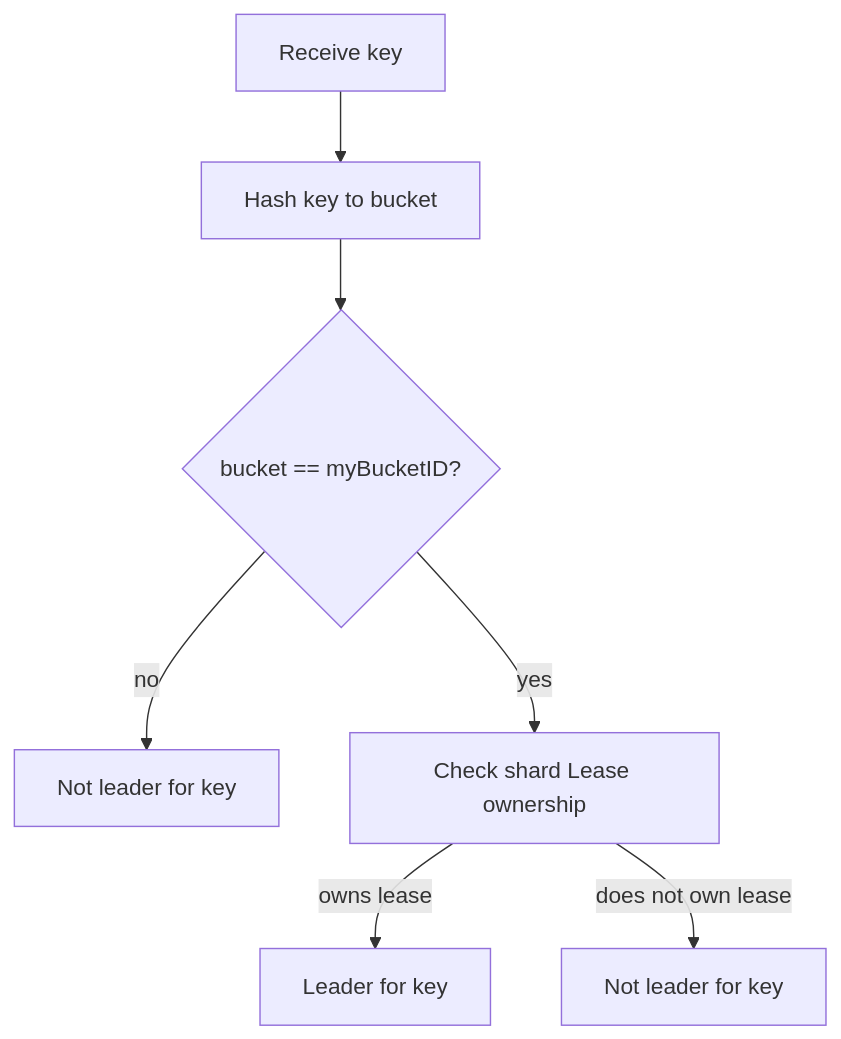
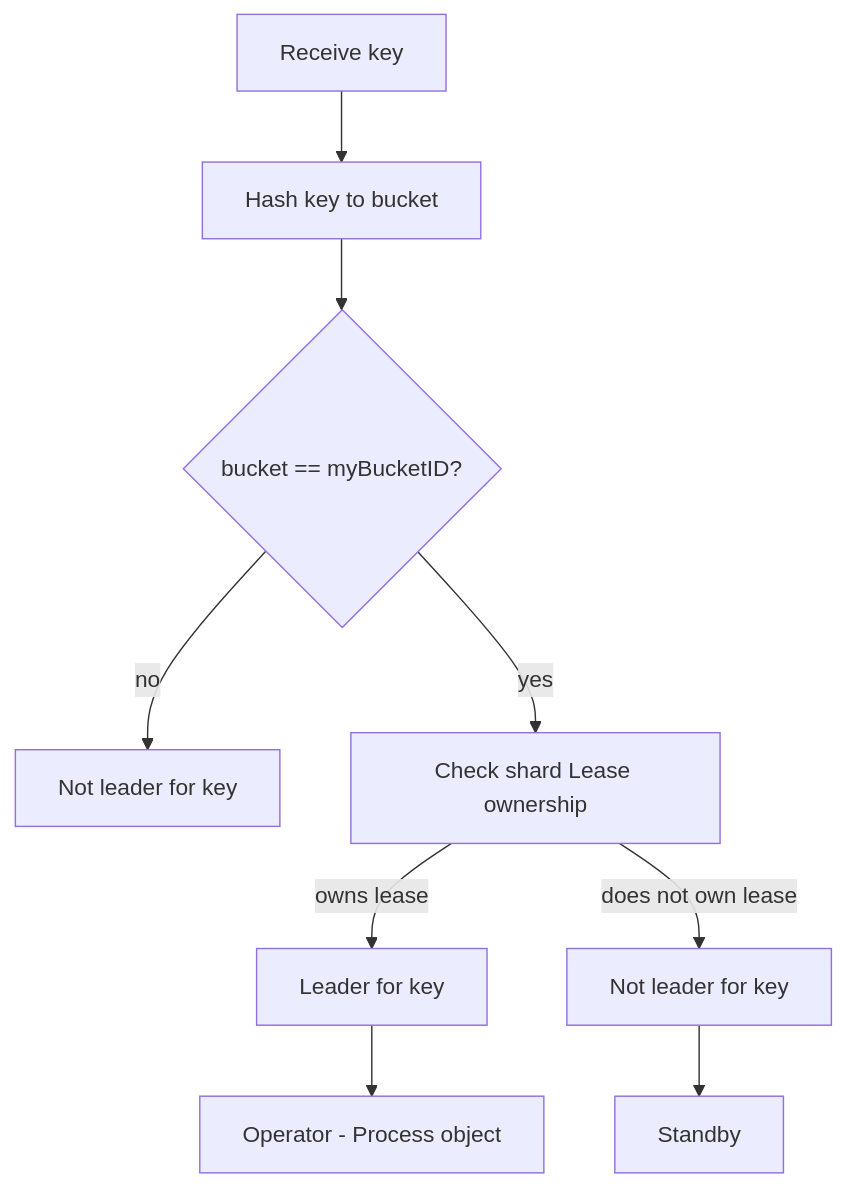
One commit to sanketsudake/k8s-operator-leader-election changed the second of 3 diagrams in README.md. Above: the diagram before and after it, drawn with Mermaid. The commit also changed other lines of this file, not shown here.

Commit message:
Add more info in diagram

````diff
--- a/README.md
+++ b/README.md
@@ -32,9 +32,11 @@
 ```mermaid
 flowchart TD
     A[Receive key] --> B[Hash key to bucket]
     B --> C{bucket == myBucketID?}
     C -->|no| D[Not leader for key]
     C -->|yes| E[Check shard Lease ownership]
     E -->|owns lease| F[Leader for key]
     E -->|does not own lease| G[Not leader for key]
+    F --> H[Operator - Process object]
+    G --> I[Standby]
 ```
````
